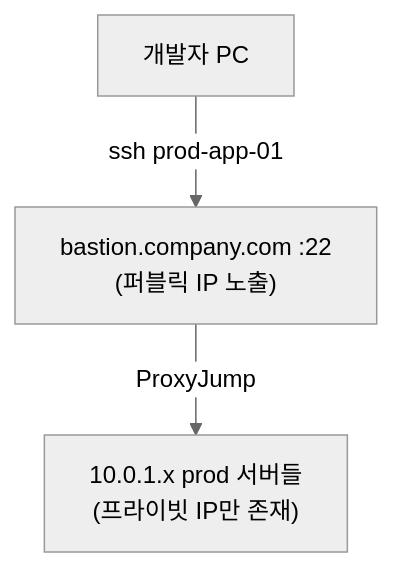
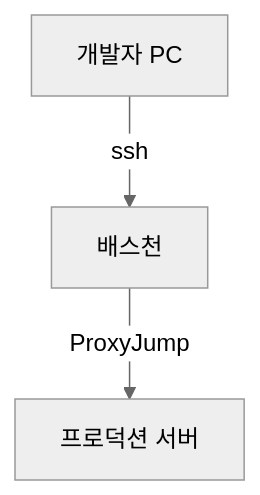
Before and after one commit to moonblueblue/devops-wiki: the second of 5 diagrams in content/linux/network-basics/ssh.md, drawn with Mermaid (neutral theme). The commit also changed other lines of this file and 37 other files, not shown here.

First line of the commit message:
style: linux 카테고리 ASCII 도표·Mermaid 라벨 형식 교정

````diff
--- a/content/linux/network-basics/ssh.md
+++ b/content/linux/network-basics/ssh.md
@@ -455,6 +460,6 @@
 ```mermaid
 graph TD
     DEV["개발자 PC"]
-    -->|"ssh prod-app-01"| BAS["bastion.company.com :22<br/>(퍼블릭 IP 노출)"]
-    -->|"ProxyJump"| PROD["10.0.1.x prod 서버들<br/>(프라이빗 IP만 존재)"]
+    -->|ssh| BAS["배스천"]
+    -->|ProxyJump| PROD["프로덕션 서버"]
 ```
````
